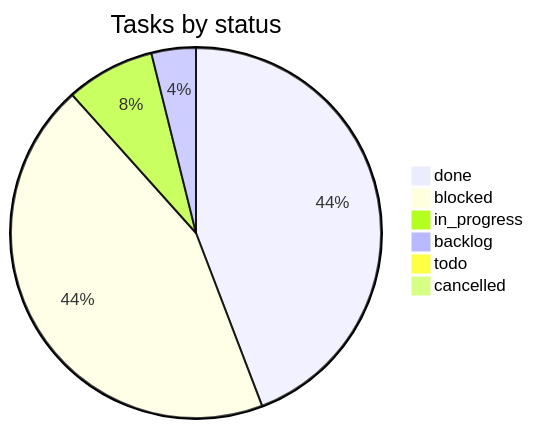
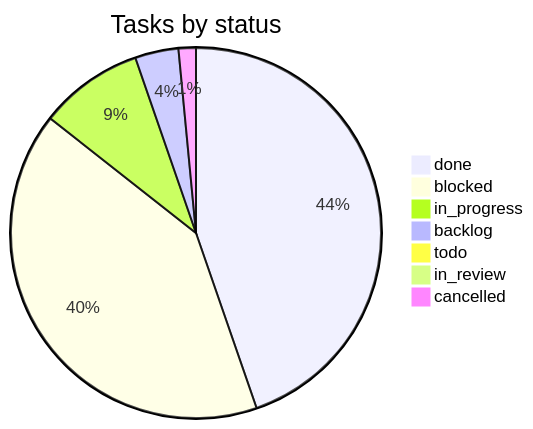
One commit to vulcanflow/docs changed the second of 2 diagrams in PROGRESS.md. Above: the diagram before and after it, drawn with Mermaid. The commit also changed other lines of this file and 1 other file, not shown here.

Commit message:
progress: 2 deliveries (VFL-152, VFL-132), 6 status changes, 3 new tasks (VFL-157-159) (#75)

````diff
--- a/PROGRESS.md
+++ b/PROGRESS.md
@@ -58,9 +58,10 @@
 ```mermaid
 pie title Tasks by status
-  "done" : 57
-  "blocked" : 57
-  "in_progress" : 10
+  "done" : 59
+  "blocked" : 54
+  "in_progress" : 12
   "backlog" : 5
   "todo" : 1
-  "cancelled" : 1
+  "in_review" : 1
+  "cancelled" : 2
 ```
````
